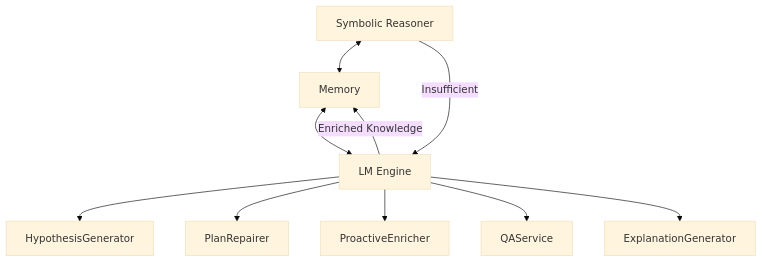
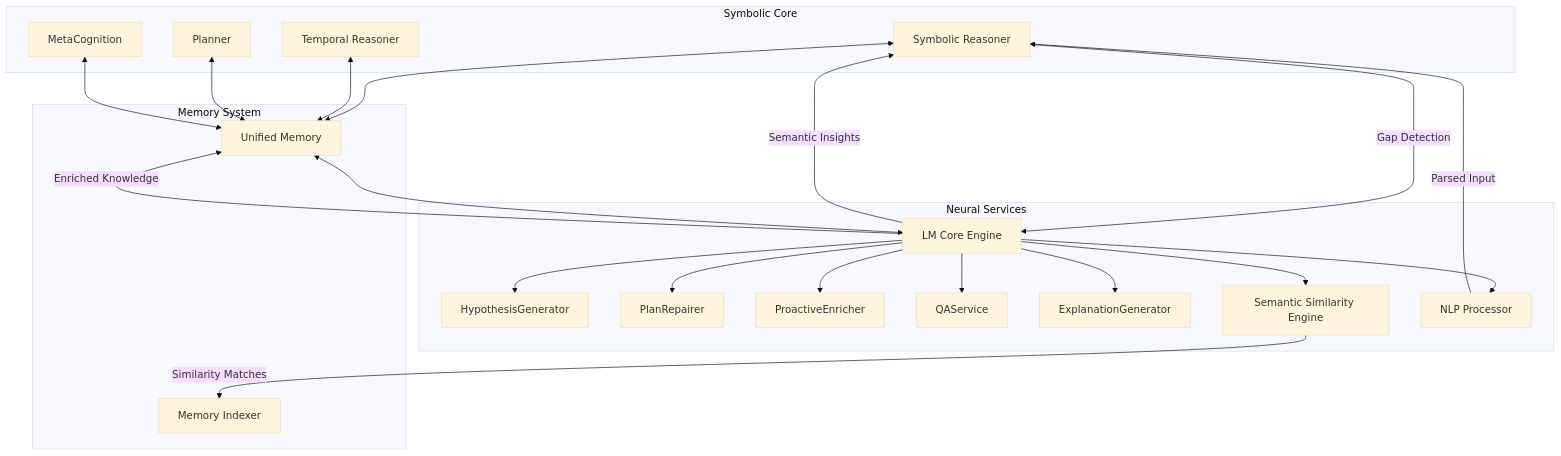
One commit to automenta/senars8 changed the diagram in docs/tech/neuro-symbolic.md. Above: the diagram before and after it, drawn with Mermaid (base theme). The commit also changed other lines of this file and 9 other files, not shown here.

````diff
--- a/docs/tech/neuro-symbolic.md
+++ b/docs/tech/neuro-symbolic.md
@@ -11,14 +11,45 @@
 ```mermaid
 graph TD
-    A[Symbolic Reasoner] <--> B[Memory]
-    B <--> C[LM Engine]
-
-    C --> C1[HypothesisGenerator]
-    C --> C2[PlanRepairer]
-    C --> C3[ProactiveEnricher]
-    C --> C4[QAService]
-    C --> C5[ExplanationGenerator]
-
-    A -- Insufficient --> C
-    C -- Enriched Knowledge --> B
+    subgraph "Symbolic Core"
+        A[Symbolic Reasoner]
+        TR[Temporal Reasoner]
+        P[Planner]
+        MC[MetaCognition]
+    end
+    
+    subgraph "Memory System"
+        B[Unified Memory]
+        MI[Memory Indexer]
+    end
+    
+    subgraph "Neural Services"
+        C[LM Core Engine]
+        C1[HypothesisGenerator]
+        C2[PlanRepairer]
+        C3[ProactiveEnricher]
+        C4[QAService]
+        C5[ExplanationGenerator]
+        C6[Semantic Similarity Engine]
+        C7[NLP Processor]
+    end
+    
+    A <--> B
+    B <--> C
+    TR <--> B
+    P <--> B
+    MC <--> B
+    
+    C --> C1
+    C --> C2
+    C --> C3
+    C --> C4
+    C --> C5
+    C --> C6
+    C --> C7
+    
+    A -- "Gap Detection" --> C
+    C -- "Enriched Knowledge" --> B
+    C -- "Semantic Insights" --> A
+    C6 -- "Similarity Matches" --> MI
+    C7 -- "Parsed Input" --> A
 ```
````
